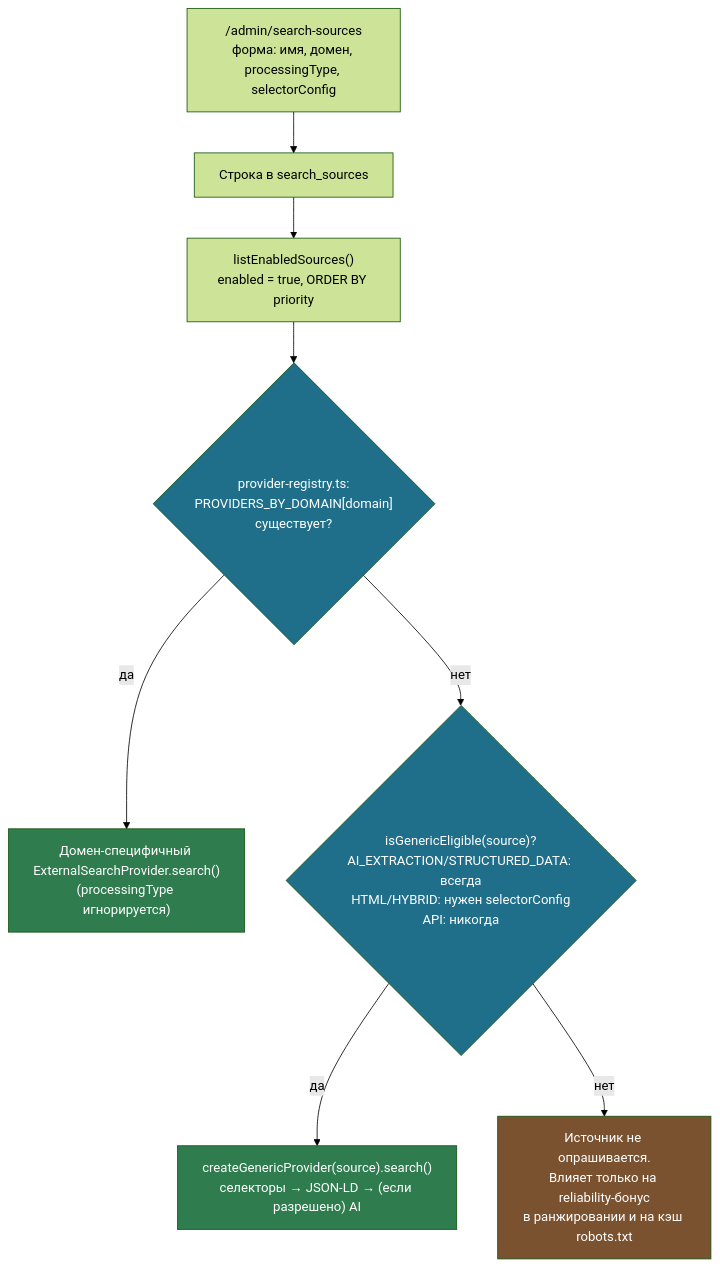
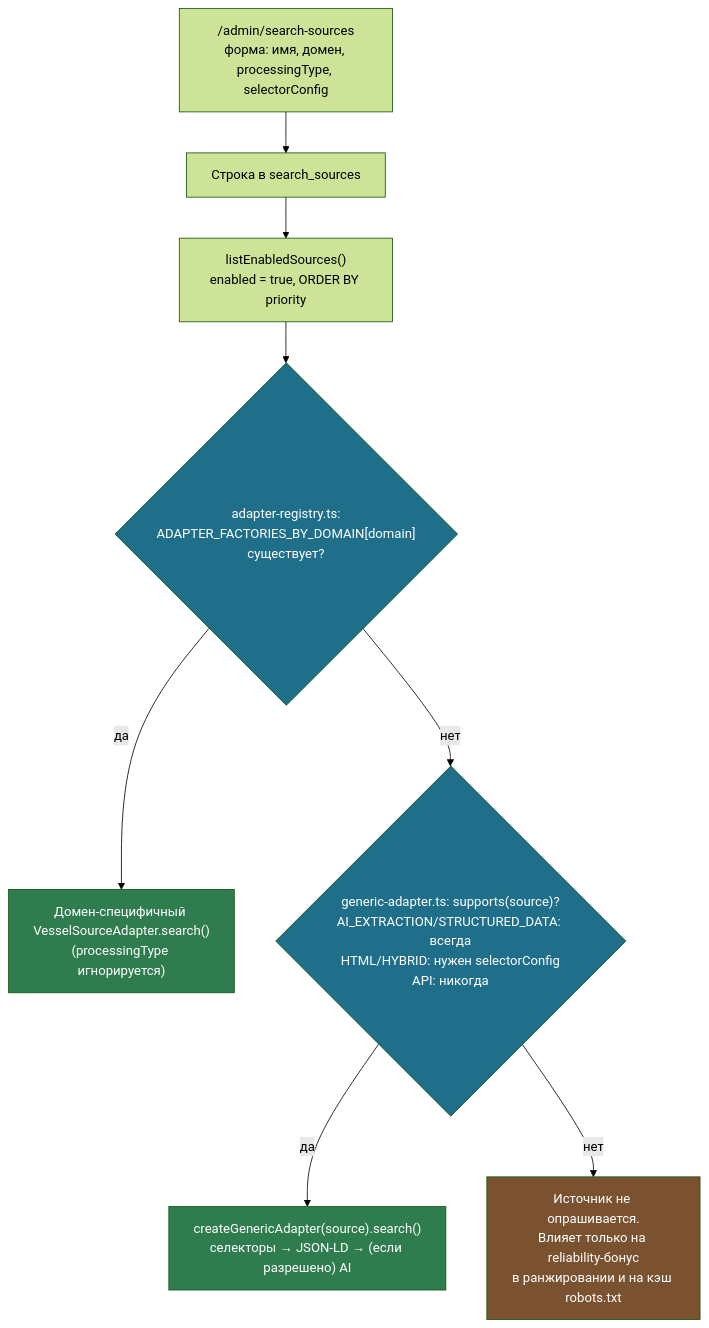
One commit to vasilykamenev/online-booking-system changed the first of 2 diagrams in docs/search-source-processing-strategies.md. Above: the diagram before and after it, drawn with Mermaid (forest theme). The commit also changed other lines of this file and 21 other files, not shown here.

First line of the commit message:
feat: refactor search adapters to unify internal and external search handling

````diff
--- a/docs/search-source-processing-strategies.md
+++ b/docs/search-source-processing-strategies.md
@@ -94,16 +97,16 @@
 ```mermaid
 flowchart TD
     Admin["/admin/search-sources\nформа: имя, домен, processingType, selectorConfig"] --> Row["Строка в search_sources"]
     Row --> Registry["listEnabledSources()\nenabled = true, ORDER BY priority"]
-    Registry --> Lookup{"provider-registry.ts:\nPROVIDERS_BY_DOMAIN[domain]\nсуществует?"}
-    Lookup -- "да" --> Provider["Домен-специфичный ExternalSearchProvider.search()\n(processingType игнорируется)"]
-    Lookup -- "нет" --> Generic{"isGenericEligible(source)?\nAI_EXTRACTION/STRUCTURED_DATA: всегда\nHTML/HYBRID: нужен selectorConfig\nAPI: никогда"}
-    Generic -- "да" --> GenericProvider["createGenericProvider(source).search()\nселекторы → JSON-LD → (если разрешено) AI"]
+    Registry --> Lookup{"adapter-registry.ts:\nADAPTER_FACTORIES_BY_DOMAIN[domain]\nсуществует?"}
+    Lookup -- "да" --> Provider["Домен-специфичный VesselSourceAdapter.search()\n(processingType игнорируется)"]
+    Lookup -- "нет" --> Generic{"generic-adapter.ts: supports(source)?\nAI_EXTRACTION/STRUCTURED_DATA: всегда\nHTML/HYBRID: нужен selectorConfig\nAPI: никогда"}
+    Generic -- "да" --> GenericProvider["createGenericAdapter(source).search()\nселекторы → JSON-LD → (если разрешено) AI"]
     Generic -- "нет" --> Skip["Источник не опрашивается.\nВлияет только на reliability-бонус\nв ранжировании и на кэш robots.txt"]
 
     style Lookup fill:#1f6f8b,color:#fff
     style Generic fill:#1f6f8b,color:#fff
     style Provider fill:#2f7d4f,color:#fff
     style GenericProvider fill:#2f7d4f,color:#fff
     style Skip fill:#7a5230,color:#fff
 ```
````
